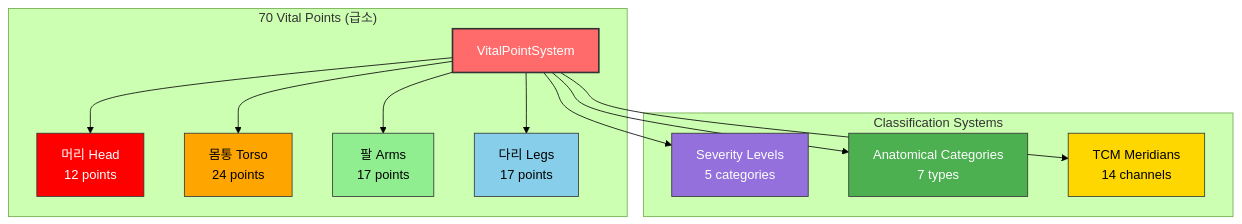
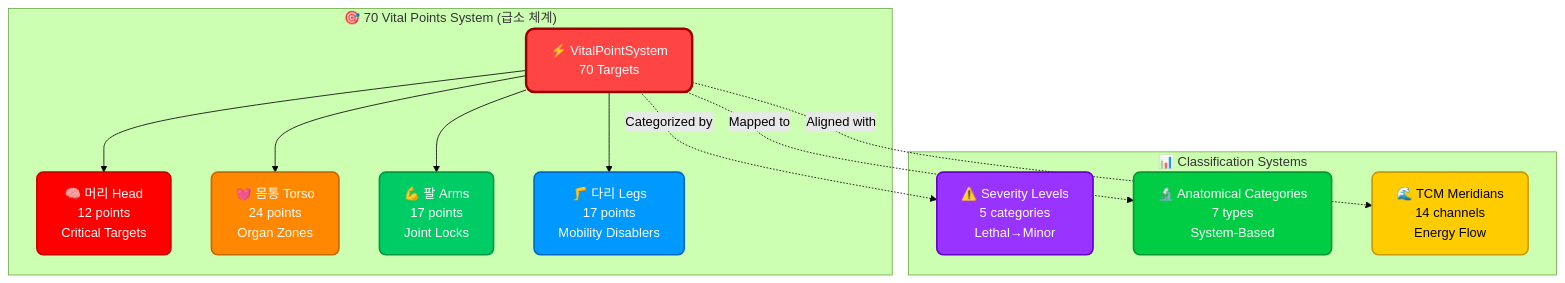
One commit to Hack23/blacktrigram changed the first of 2 diagrams in game-design.md. Above: the diagram before and after it, drawn with Mermaid (forest theme). The commit also changed other lines of this file and 3 other files, not shown here.

Commit message:
Remove old backup files and enhance game-design.md with icons, emojis, and color-coded Mermaid diagrams

````diff
--- a/game-design.md
+++ b/game-design.md
@@ -100,29 +100,29 @@
 ```mermaid
 graph TB
-    subgraph "70 Vital Points (급소)"
-        VPS[VitalPointSystem]:::vital
-        VPS --> HEAD[머리 Head<br/>12 points]:::head
-        VPS --> TORSO[몸통 Torso<br/>24 points]:::torso
-        VPS --> ARMS[팔 Arms<br/>17 points]:::arms
-        VPS --> LEGS[다리 Legs<br/>17 points]:::legs
+    subgraph "🎯 70 Vital Points System (급소 체계)"
+        VPS["⚡ VitalPointSystem<br/>70 Targets"]:::vital
+        VPS --> HEAD["🧠 머리 Head<br/>12 points<br/>Critical Targets"]:::head
+        VPS --> TORSO["💓 몸통 Torso<br/>24 points<br/>Organ Zones"]:::torso
+        VPS --> ARMS["💪 팔 Arms<br/>17 points<br/>Joint Locks"]:::arms
+        VPS --> LEGS["🦵 다리 Legs<br/>17 points<br/>Mobility Disablers"]:::legs
     end
 
-    subgraph "Classification Systems"
-        SEV[Severity Levels<br/>5 categories]:::severity
-        CAT[Anatomical Categories<br/>7 types]:::category
-        MER[TCM Meridians<br/>14 channels]:::meridian
+    subgraph "📊 Classification Systems"
+        SEV["⚠️ Severity Levels<br/>5 categories<br/>Lethal→Minor"]:::severity
+        CAT["🔬 Anatomical Categories<br/>7 types<br/>System-Based"]:::category
+        MER["🌊 TCM Meridians<br/>14 channels<br/>Energy Flow"]:::meridian
     end
 
-    VPS --> SEV
-    VPS --> CAT
-    VPS --> MER
+    VPS -.->|"Categorized by"| SEV
+    VPS -.->|"Mapped to"| CAT
+    VPS -.->|"Aligned with"| MER
 
-    classDef vital fill:#ff6b6b,stroke:#333,color:#fff,stroke-width:2px
-    classDef head fill:#ff0000,stroke:#333,color:#fff
-    classDef torso fill:#ffa500,stroke:#333,color:#000
-    classDef arms fill:#90ee90,stroke:#333,color:#000
-    classDef legs fill:#87ceeb,stroke:#333,color:#000
-    classDef severity fill:#9370db,stroke:#333,color:#fff
-    classDef category fill:#4caf50,stroke:#333,color:#fff
-    classDef meridian fill:#ffd700,stroke:#333,color:#000
+    classDef vital fill:#ff4444,stroke:#990000,color:#fff,stroke-width:3px,rx:10
+    classDef head fill:#ff0000,stroke:#cc0000,color:#fff,stroke-width:2px,rx:8
+    classDef torso fill:#ff8800,stroke:#cc6600,color:#fff,stroke-width:2px,rx:8
+    classDef arms fill:#00cc66,stroke:#009944,color:#fff,stroke-width:2px,rx:8
+    classDef legs fill:#0099ff,stroke:#0066cc,color:#fff,stroke-width:2px,rx:8
+    classDef severity fill:#9933ff,stroke:#6600cc,color:#fff,stroke-width:2px,rx:8
+    classDef category fill:#00cc44,stroke:#009933,color:#fff,stroke-width:2px,rx:8
+    classDef meridian fill:#ffcc00,stroke:#cc9900,color:#000,stroke-width:2px,rx:8
 ```
````
